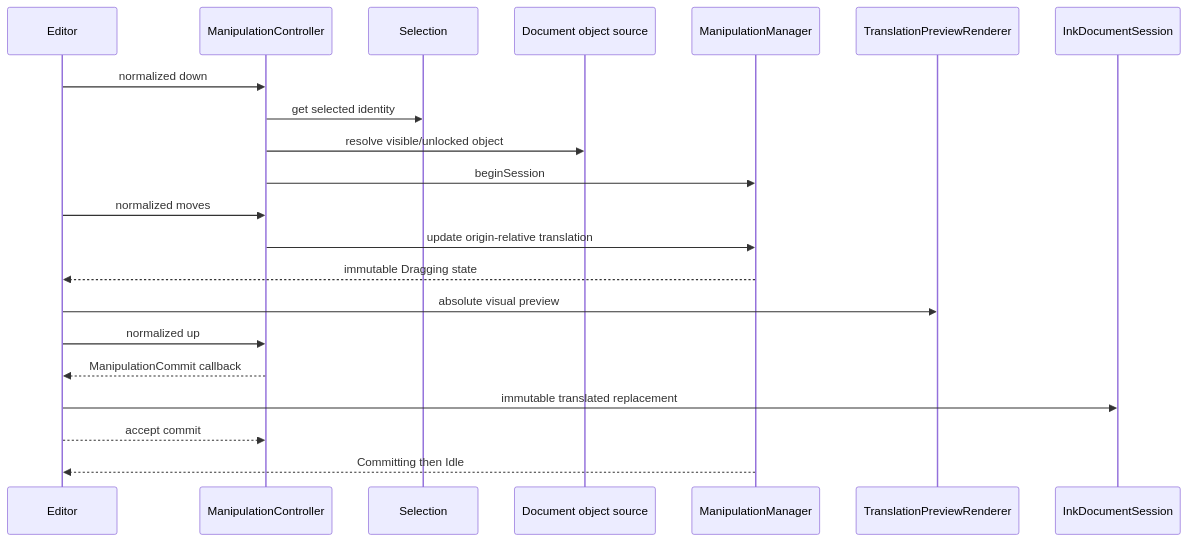
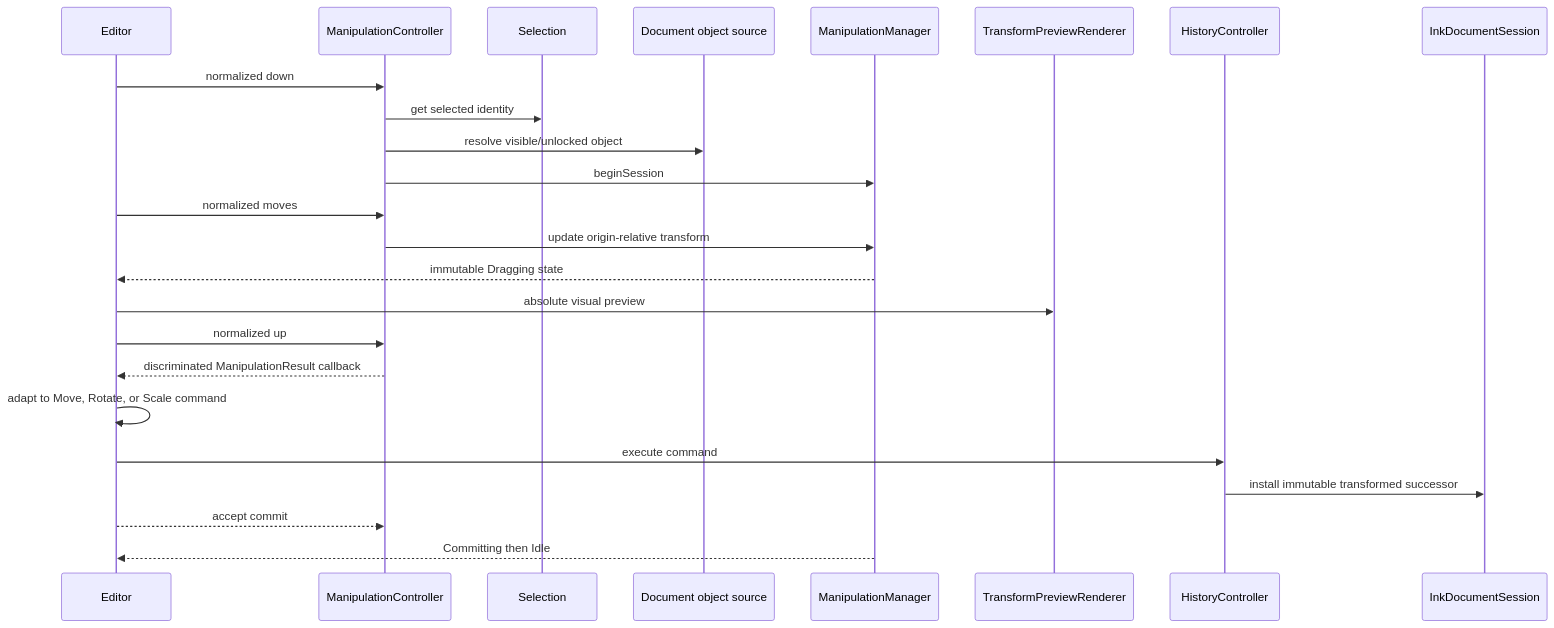
One commit to ritikpandey1981/digital-notes changed diagram 37 of 45 in docs/architecture/FOLIO_ARCHITECTURE_REFERENCE_MANUAL.md. Above: the diagram before and after it, drawn with Mermaid. The commit also changed other lines of this file and 75 other files, not shown here.

````diff
--- a/docs/architecture/FOLIO_ARCHITECTURE_REFERENCE_MANUAL.md
+++ b/docs/architecture/FOLIO_ARCHITECTURE_REFERENCE_MANUAL.md
@@ -2210,23 +2268,26 @@
 ```mermaid
 sequenceDiagram
     participant Editor
     participant Controller as ManipulationController
     participant Selection
     participant Source as Document object source
     participant Manager as ManipulationManager
-    participant Preview as TranslationPreviewRenderer
+    participant Preview as TransformPreviewRenderer
+    participant History as HistoryController
     participant Session as InkDocumentSession
     Editor->>Controller: normalized down
     Controller->>Selection: get selected identity
     Controller->>Source: resolve visible/unlocked object
     Controller->>Manager: beginSession
     Editor->>Controller: normalized moves
-    Controller->>Manager: update origin-relative translation
+    Controller->>Manager: update origin-relative transform
     Manager-->>Editor: immutable Dragging state
     Editor->>Preview: absolute visual preview
     Editor->>Controller: normalized up
-    Controller-->>Editor: ManipulationCommit callback
-    Editor->>Session: immutable translated replacement
+    Controller-->>Editor: discriminated ManipulationResult callback
+    Editor->>Editor: adapt to Move, Rotate, or Scale command
+    Editor->>History: execute command
+    History->>Session: install immutable transformed successor
     Editor-->>Controller: accept commit
     Manager-->>Editor: Committing then Idle
 ```
````
